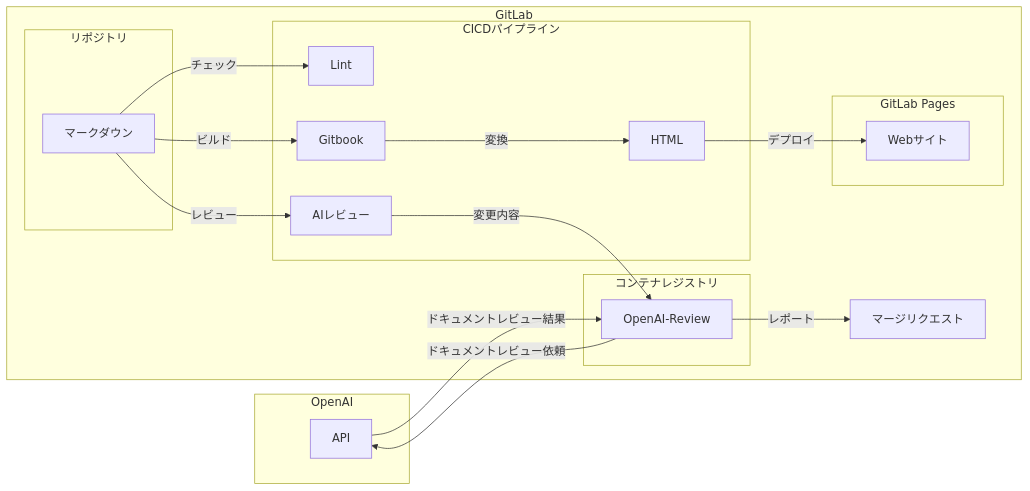
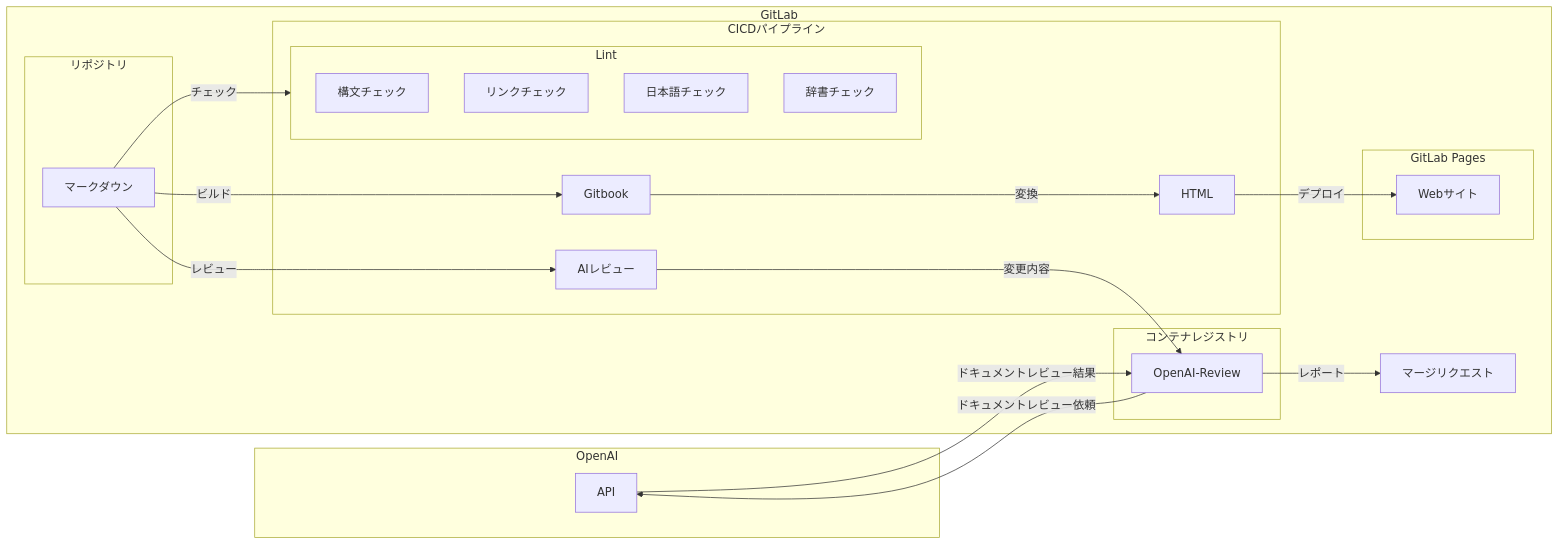
Before and after one commit to gongyong/docs: the first of 2 diagrams in README.md, drawn with Mermaid.

Commit message:
Lintの詳細記載

````diff
--- a/README.md
+++ b/README.md
@@ -18,33 +18,38 @@
 ```mermaid
 graph LR
 subgraph OpenAI
     API
 end
 subgraph GitLab
     subgraph リポジトリ
         マークダウン
     end
     subgraph CICDパイプライン
-        Lint
+        subgraph Lint
+            構文チェック
+            リンクチェック
+            日本語チェック
+            辞書チェック
+        end
         AIレビュー
         Gitbook
         HTML
     end
     subgraph コンテナレジストリ
         OpenAI-Review
     end
     subgraph GitLab Pages
         Webサイト
     end
     マージリクエスト
     マークダウン--チェック-->Lint
     マークダウン--レビュー-->AIレビュー
     AIレビュー--変更内容-->OpenAI-Review
     OpenAI-Review--ドキュメントレビュー依頼-->API
     API--ドキュメントレビュー結果-->OpenAI-Review
     OpenAI-Review--レポート-->マージリクエスト
     マークダウン--ビルド-->Gitbook
     Gitbook--変換-->HTML
     HTML--デプロイ-->Webサイト
 end
 ```
````
